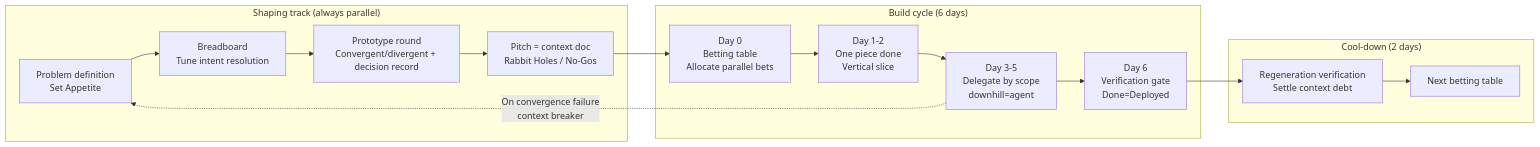
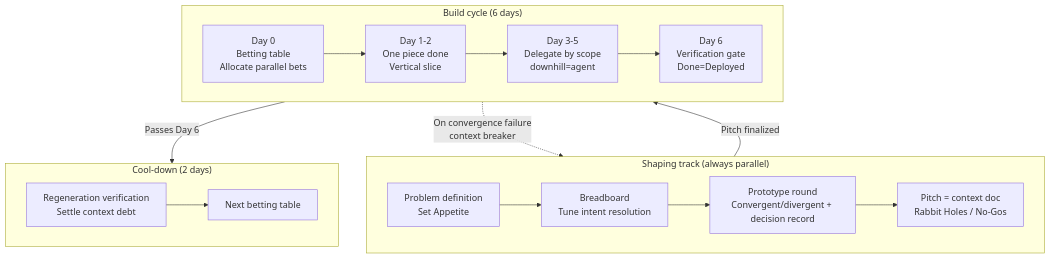
Before and after one commit to roboco-io/vibe-driven-development-lifecycle: the diagram in docs/cycle.md, drawn with Mermaid. The commit also changed 3 other files, not shown here.

First line of the commit message:
fix: 사이클 다이어그램 세로 배치로 가독성 개선

````diff
--- a/docs/cycle.md
+++ b/docs/cycle.md
@@ -23,15 +23,18 @@
 ```mermaid
-flowchart LR
+flowchart TB
     subgraph SHAPING["Shaping track (always parallel)"]
+        direction LR
         S1["Problem definition<br/>Set Appetite"] --> S2["Breadboard<br/>Tune intent resolution"] --> SP["Prototype round<br/>Convergent/divergent + decision record"] --> S3["Pitch = context doc<br/>Rabbit Holes / No-Gos"]
     end
     subgraph CYCLE["Build cycle (6 days)"]
+        direction LR
         B0["Day 0<br/>Betting table<br/>Allocate parallel bets"] --> B1["Day 1-2<br/>One piece done<br/>Vertical slice"] --> B2["Day 3-5<br/>Delegate by scope<br/>downhill=agent"] --> B3["Day 6<br/>Verification gate<br/>Done=Deployed"]
     end
     subgraph COOL["Cool-down (2 days)"]
+        direction LR
         C1["Regeneration verification<br/>Settle context debt"] --> C2["Next betting table"]
     end
-    S3 --> B0
-    B3 --> C1
-    B2 -. "On convergence failure<br/>context breaker" .-> S1
+    SHAPING -->|"Pitch finalized"| CYCLE
+    CYCLE -->|"Passes Day 6"| COOL
+    CYCLE -. "On convergence failure<br/>context breaker" .-> SHAPING
 ```
````
